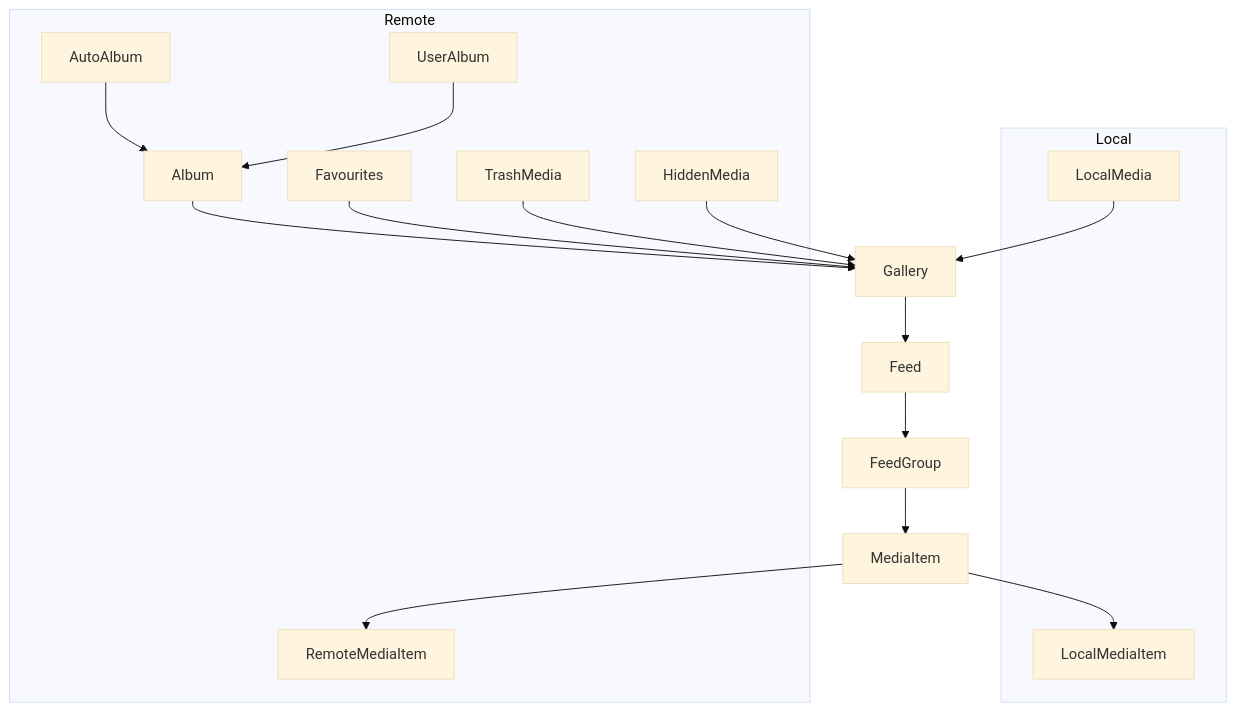
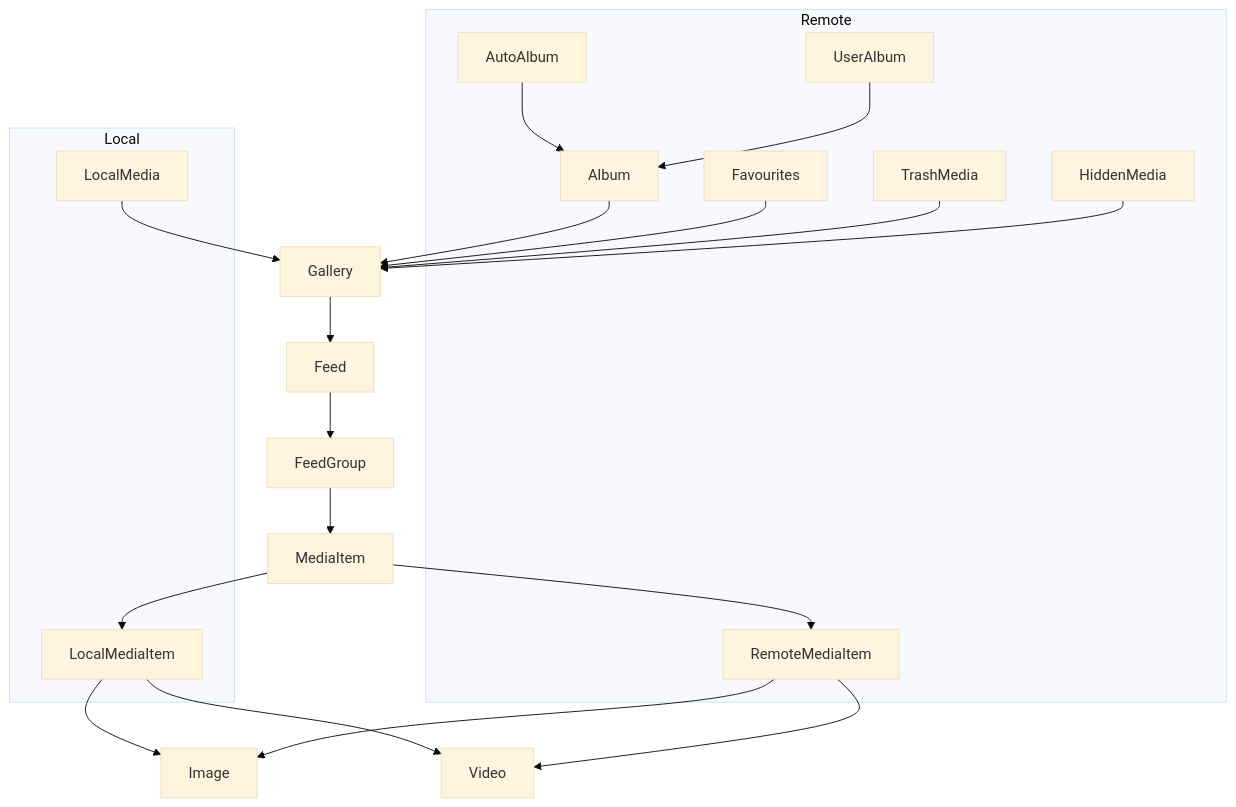
The diagram in domain-model.md (savvasdalkitsis/uhuruphotos-android), drawn with Mermaid (base theme) before and after one commit.

Commit message:
Adding Image and Video into domain model

````diff
--- a/domain-model.md
+++ b/domain-model.md
@@ -5,30 +5,34 @@
 ```mermaid
 graph TD;
     Gallery-->Feed;
     Feed-->FeedGroup;
     FeedGroup-->MediaItem;
     MediaItem-->LocalMediaItem;
     MediaItem-->RemoteMediaItem;
+    LocalMediaItem-->Image;
+    LocalMediaItem-->Video;
+    RemoteMediaItem-->Image;
+    RemoteMediaItem-->Video;
     AutoAlbum-->Album;
     UserAlbum-->Album;
     Album-->Gallery;
     Favourites-->Gallery;
     TrashMedia-->Gallery;
     LocalMedia-->Gallery;
     HiddenMedia-->Gallery;
     
     subgraph Local
         LocalMediaItem;
         LocalMedia;
     end
     
     subgraph Remote
         RemoteMediaItem;
         AutoAlbum;
         UserAlbum;
         Album;
         Favourites;
         TrashMedia;
         HiddenMedia;
     end
 ```
````
